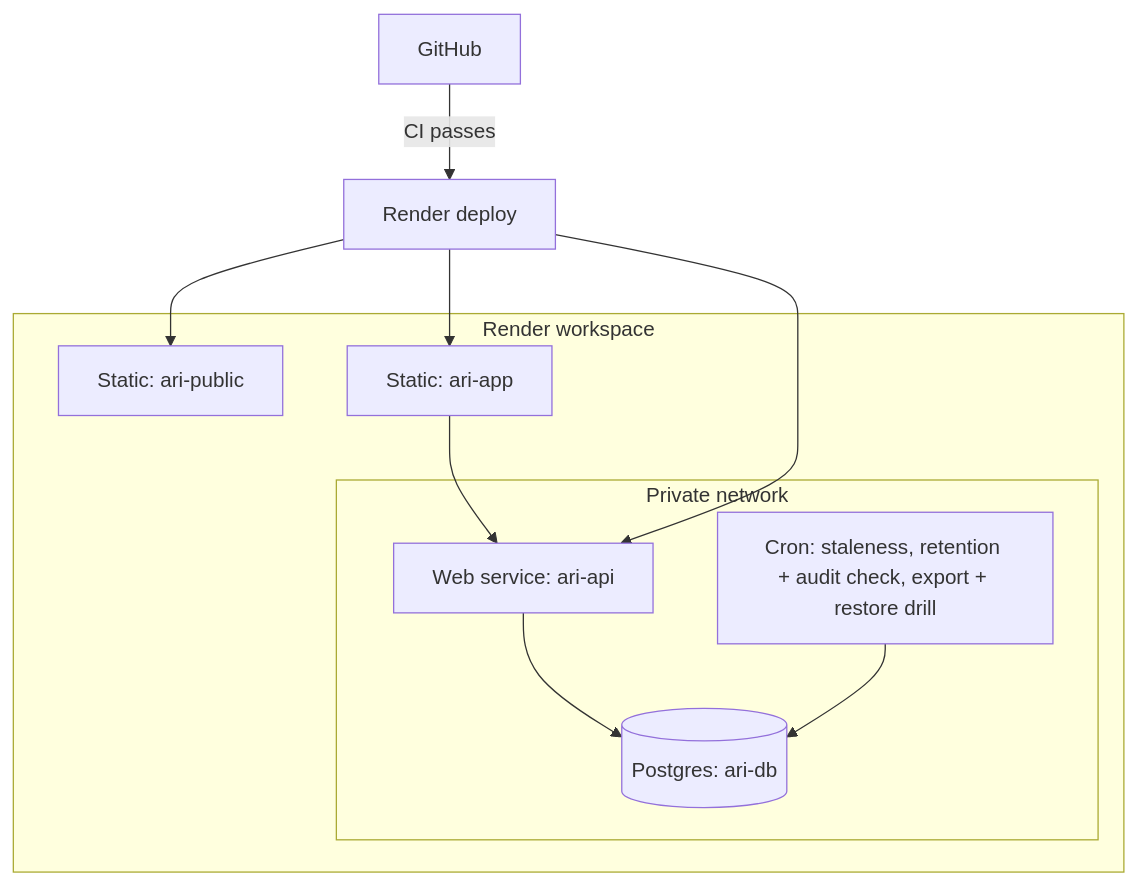
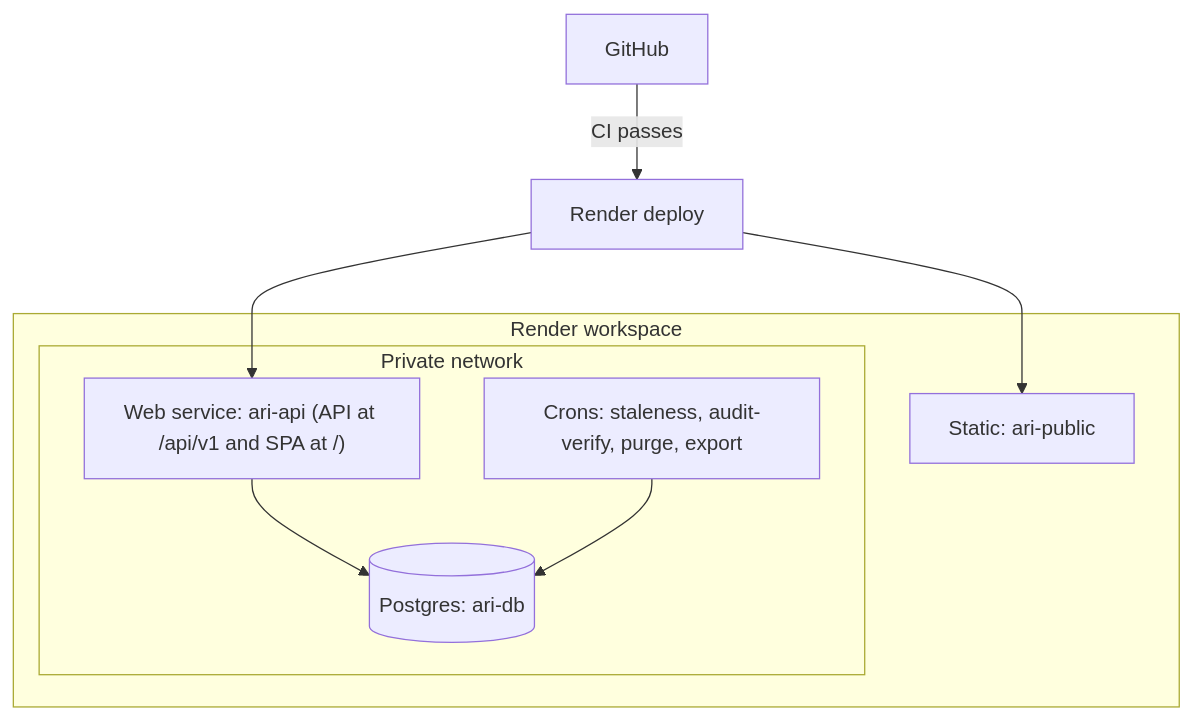
Before and after one commit to johnny882020/ARI-PST: the third of 3 diagrams in docs/architecture.md, drawn with Mermaid. The commit also changed other lines of this file and 88 other files, not shown here.

````diff
--- a/docs/architecture.md
+++ b/docs/architecture.md
@@ -81,19 +85,16 @@
 ```mermaid
 flowchart TB
   GH["GitHub"] -->|"CI passes"| RD["Render deploy"]
   subgraph Render["Render workspace"]
     PUB["Static: ari-public"]
-    APP["Static: ari-app"]
     subgraph PN["Private network"]
-      API["Web service: ari-api"]
+      API["Web service: ari-api (API at /api/v1 and SPA at /)"]
       DB[("Postgres: ari-db")]
-      CR["Cron: staleness, retention + audit check, export + restore drill"]
+      CR["Crons: staleness, audit-verify, purge, export"]
     end
   end
-  APP --> API
   API --> DB
   CR --> DB
   RD --> PUB
-  RD --> APP
   RD --> API
 ```
````
